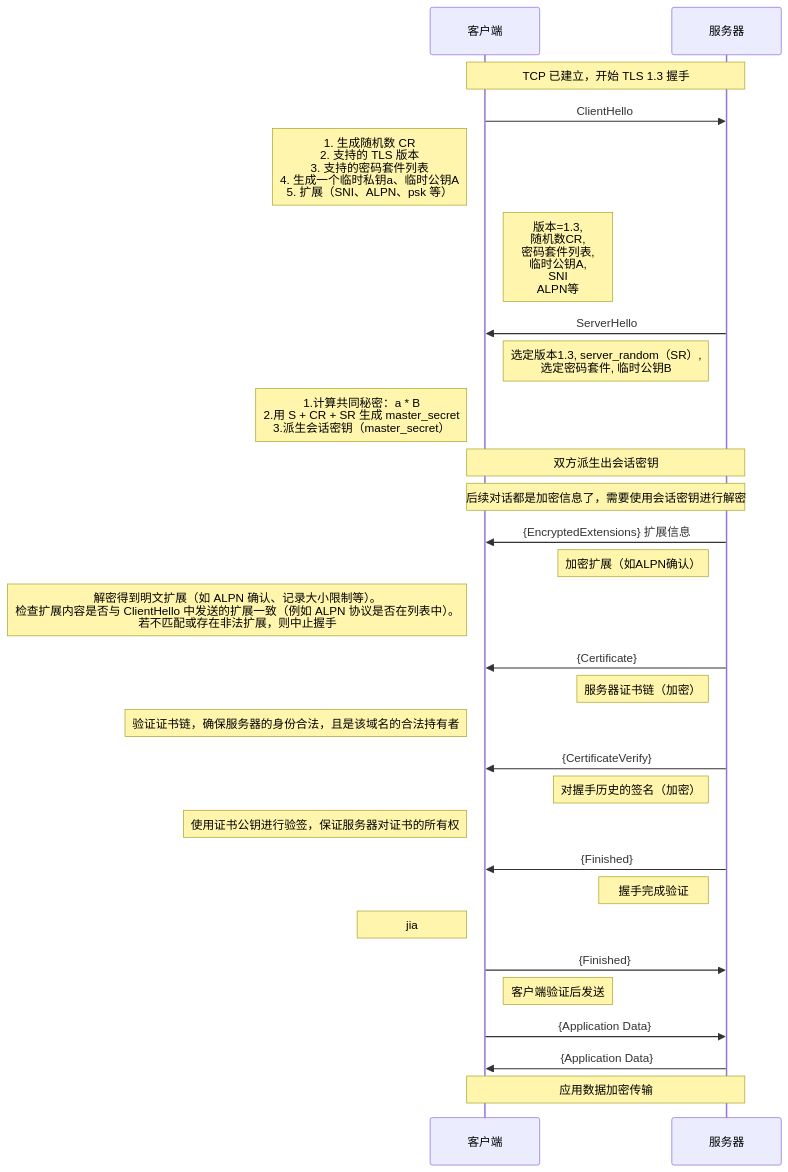
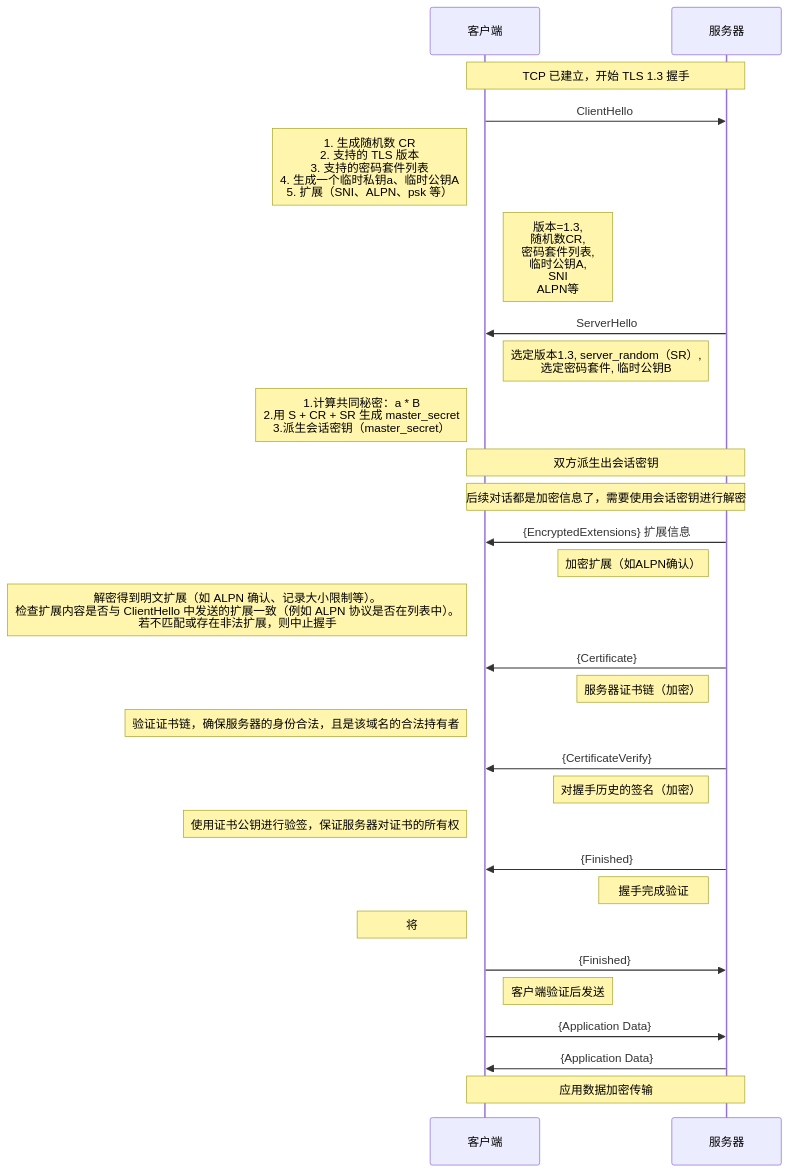
One commit to HY-10-8/iodraw-files changed the diagram in all/TLS-1.3-通用.md. Above: the diagram before and after it, drawn with Mermaid.

Commit message:
2026-03-30 18:58:49 update

````diff
--- a/all/TLS-1.3-通用.md
+++ b/all/TLS-1.3-通用.md
@@ -1,41 +1,41 @@
 ```mermaid
 sequenceDiagram
     participant C as 客户端
     participant S as 服务器
 
     Note over C,S: TCP 已建立，开始 TLS 1.3 握手
 
     C->>S: ClientHello
     Note left of C: 1. 生成随机数 CR<br/> 2. 支持的 TLS 版本<br/> 3. 支持的密码套件列表<br/> 4. 生成一个临时私钥a、临时公钥A<br/> 5. 扩展（SNI、ALPN、psk 等）
     Note right of C: 版本=1.3,<br/> 随机数CR,<br/> 密码套件列表,<br/> 临时公钥A,<br/> SNI<br/> ALPN等
 
     S->>C: ServerHello
     Note left of S: 选定版本1.3, server_random（SR）,<br/> 选定密码套件, 临时公钥B
     Note left of C: 1.计算共同秘密：a * B<br/> 2.用 S + CR + SR 生成 master_secret<br/> 3.派生会话密钥（master_secret）
 
     Note over C,S: 双方派生出会话密钥
     Note over C,S: 后续对话都是加密信息了，需要使用会话密钥进行解密
 
     S->>C: {EncryptedExtensions} 扩展信息
     Note left of S: 加密扩展（如ALPN确认）
     Note left of C: 解密得到明文扩展（如 ALPN 确认、记录大小限制等）。<br/>检查扩展内容是否与 ClientHello 中发送的扩展一致（例如 ALPN 协议是否在列表中）。<br/> 若不匹配或存在非法扩展，则中止握手
 
     S->>C: {Certificate}
     Note left of S: 服务器证书链（加密）
     Note left of C: 验证证书链，确保服务器的身份合法，且是该域名的合法持有者
 
     S->>C: {CertificateVerify}
     Note left of S: 对握手历史的签名（加密）
     Note left of C: 使用证书公钥进行验签，保证服务器对证书的所有权
 
     S->>C: {Finished}
     Note left of S: 握手完成验证
-    Note left of C: jia
+    Note left of C: 将
 
     C->>S: {Finished}
     Note right of C: 客户端验证后发送
 
     C->>S: {Application Data}
     S->>C: {Application Data}
     Note over C,S: 应用数据加密传输
 ```
````
